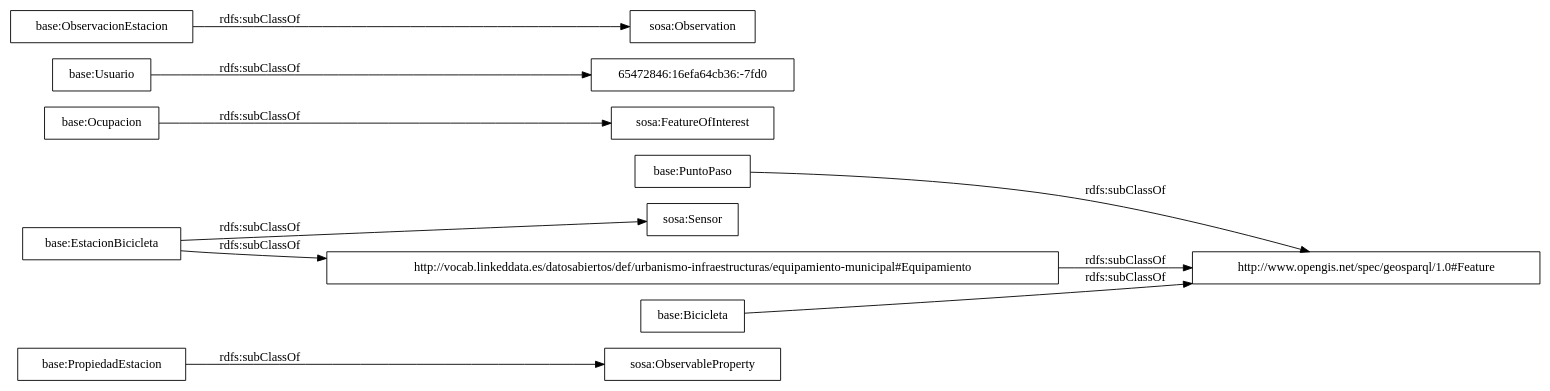
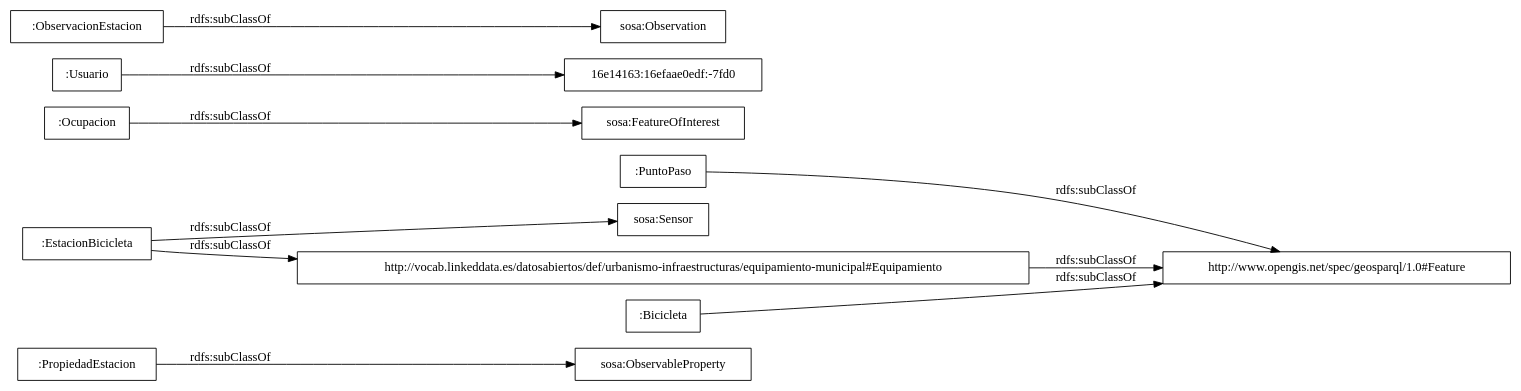
One commit to opencitydata/transporte-bici-datos-publicos changed the diagram in OnToology/Ontology/bicicleta-publica.owl/diagrams/ar2dtool-taxonomy/bicicleta-publica.owl.png.dot. Above: the diagram before and after it, drawn with Graphviz. The commit also changed 14 other files, not shown here.

```diff
--- a/OnToology/Ontology/bicicleta-publica.owl/diagrams/ar2dtool-taxonomy/bicicleta-publica.owl.png.dot
+++ b/OnToology/Ontology/bicicleta-publica.owl/diagrams/ar2dtool-taxonomy/bicicleta-publica.owl.png.dot
@@ -1,15 +1,15 @@
 digraph ar2dtool_diagram { 
 rankdir=LR;
 size="1000"
-node [shape = rectangle, color="black"]; "base:PropiedadEstacion" "base:PuntoPaso" "sosa:ObservableProperty" "sosa:FeatureOfInterest" "base:Usuario" "base:Ocupacion" "sosa:Observation" "65472846:16efa64cb36:-7fd0" "sosa:Sensor" "http://vocab.linkeddata.es/datosabiertos/def/urbanismo-infraestructuras/equipamiento-municipal#Equipamiento" "base:EstacionBicicleta" "base:ObservacionEstacion" "base:Bicicleta" "http://www.opengis.net/spec/geosparql/1.0#Feature" ; /*classes style*/
+node [shape = rectangle, color="black"]; ":PropiedadEstacion" ":PuntoPaso" "sosa:ObservableProperty" "sosa:FeatureOfInterest" ":Usuario" ":Ocupacion" "sosa:Observation" "sosa:Sensor" "http://vocab.linkeddata.es/datosabiertos/def/urbanismo-infraestructuras/equipamiento-municipal#Equipamiento" ":EstacionBicicleta" "16e14163:16efaae0edf:-7fd0" ":ObservacionEstacion" ":Bicicleta" "http://www.opengis.net/spec/geosparql/1.0#Feature" ; /*classes style*/
 	"http://vocab.linkeddata.es/datosabiertos/def/urbanismo-infraestructuras/equipamiento-municipal#Equipamiento" -> "http://www.opengis.net/spec/geosparql/1.0#Feature" [ label = "rdfs:subClassOf" ];
-	"base:EstacionBicicleta" -> "http://vocab.linkeddata.es/datosabiertos/def/urbanismo-infraestructuras/equipamiento-municipal#Equipamiento" [ label = "rdfs:subClassOf" ];
-	"base:EstacionBicicleta" -> "sosa:Sensor" [ label = "rdfs:subClassOf" ];
-	"base:Usuario" -> "65472846:16efa64cb36:-7fd0" [ label = "rdfs:subClassOf" ];
-	"base:Bicicleta" -> "http://www.opengis.net/spec/geosparql/1.0#Feature" [ label = "rdfs:subClassOf" ];
-	"base:PuntoPaso" -> "http://www.opengis.net/spec/geosparql/1.0#Feature" [ label = "rdfs:subClassOf" ];
-	"base:Ocupacion" -> "sosa:FeatureOfInterest" [ label = "rdfs:subClassOf" ];
-	"base:PropiedadEstacion" -> "sosa:ObservableProperty" [ label = "rdfs:subClassOf" ];
-	"base:ObservacionEstacion" -> "sosa:Observation" [ label = "rdfs:subClassOf" ];
+	":EstacionBicicleta" -> "http://vocab.linkeddata.es/datosabiertos/def/urbanismo-infraestructuras/equipamiento-municipal#Equipamiento" [ label = "rdfs:subClassOf" ];
+	":EstacionBicicleta" -> "sosa:Sensor" [ label = "rdfs:subClassOf" ];
+	":Usuario" -> "16e14163:16efaae0edf:-7fd0" [ label = "rdfs:subClassOf" ];
+	":Bicicleta" -> "http://www.opengis.net/spec/geosparql/1.0#Feature" [ label = "rdfs:subClassOf" ];
+	":PuntoPaso" -> "http://www.opengis.net/spec/geosparql/1.0#Feature" [ label = "rdfs:subClassOf" ];
+	":Ocupacion" -> "sosa:FeatureOfInterest" [ label = "rdfs:subClassOf" ];
+	":PropiedadEstacion" -> "sosa:ObservableProperty" [ label = "rdfs:subClassOf" ];
+	":ObservacionEstacion" -> "sosa:Observation" [ label = "rdfs:subClassOf" ];
 
 }
```
